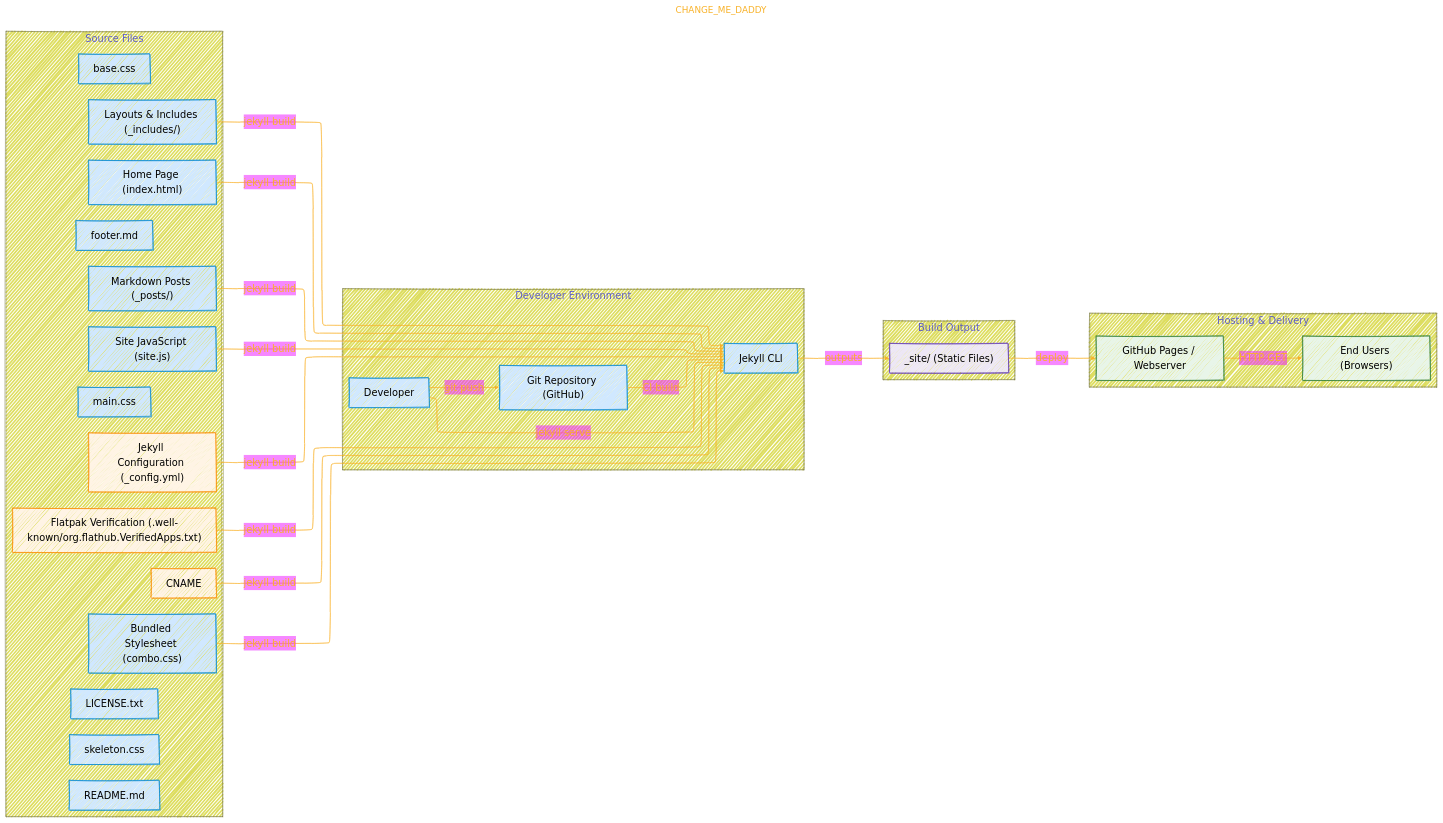
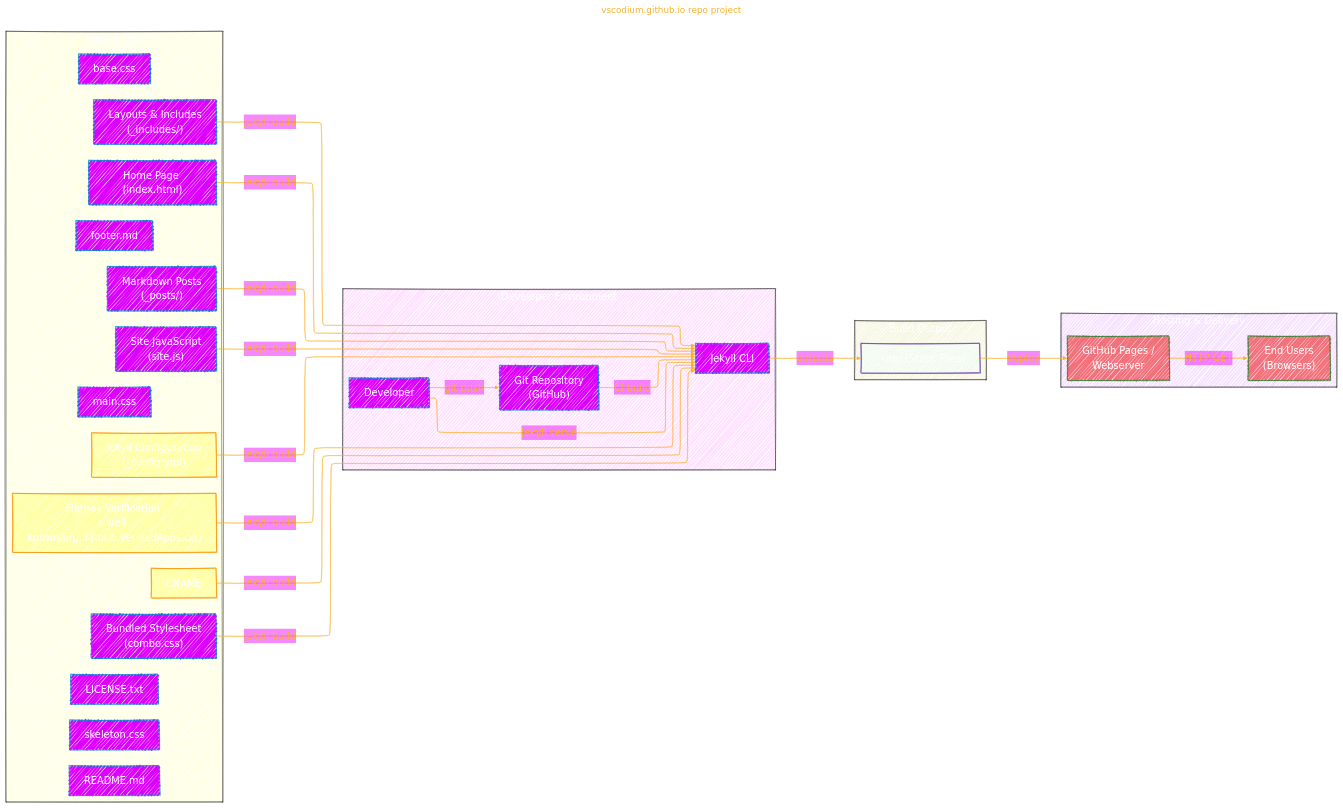
The first of 2 diagrams in VSCodium/vscodium.github.io repo project.md (CongLeSolutionX/ArchExplorer), drawn with Mermaid before and after one commit. The commit also changed 1 other file, not shown here.

Commit message:
update notes

````diff
--- a/VSCodium/vscodium.github.io repo project.md
+++ b/VSCodium/vscodium.github.io repo project.md
@@ -45,6 +45,6 @@
 ```mermaid
 ---
-title: "CHANGE_ME_DADDY"
+title: "vscodium.github.io repo project"
 author: "Cong Le"
 version: "1.0"
 license(s): "MIT, CC BY-SA 4.0"
@@ -75,36 +75,40 @@
   }
 }%%
 flowchart LR
-  subgraph "Developer Environment"
+  subgraph Developer_Environment["Developer Environment"]
+  style Developer_Environment fill:#F2F2,stroke:#333,stroke-width:1px, color: #FFFF
     Dev["Developer"]:::dev
-    Repo["Git Repository (GitHub)"]:::dev
+    Repo["Git Repository<br/>(GitHub)"]:::dev
     CLI["Jekyll CLI"]:::dev
   end
 
-  subgraph "Source Files"
-    Posts["Markdown Posts (_posts/)"]:::dev
-    Includes["Layouts & Includes (_includes/)"]:::dev
+  subgraph Source_Files["Source Files"]
+  style Source_Files fill:#FF22,stroke:#333,stroke-width:1px, color: #FFFF
+    Posts["Markdown Posts <br/>(_posts/)"]:::dev
+    Includes["Layouts & Includes <br/>(_includes/)"]:::dev
     BaseCSS["base.css"]:::dev
     MainCSS["main.css"]:::dev
     SkelCSS["skeleton.css"]:::dev
     Footer["footer.md"]:::dev
     Index["Home Page (index.html)"]:::dev
-    Combo["Bundled Stylesheet (combo.css)"]:::dev
-    SiteJS["Site JavaScript (site.js)"]:::dev
-    Config["Jekyll Configuration (_config.yml)"]:::config
+    Combo["Bundled Stylesheet <br/>(combo.css)"]:::dev
+    SiteJS["Site JavaScript <br/>(site.js)"]:::dev
+    Config["Jekyll Configuration <br/>(_config.yml)"]:::config
     CNAME["CNAME"]:::config
-    WellKnown["Flatpak Verification (.well-known/org.flathub.VerifiedApps.txt)"]:::config
+    WellKnown["Flatpak Verification <br/>(.well-known/org.flathub.VerifiedApps.txt)"]:::config
     Readme["README.md"]:::dev
     License["LICENSE.txt"]:::dev
   end
 
-  subgraph "Build Output"
+  subgraph Build_Output["Build Output"]
+  style Build_Output fill:#BB22,stroke:#333,stroke-width:1px, color: #FFFF
     SiteOut["_site/ (Static Files)"]:::storage
   end
 
-  subgraph "Hosting & Delivery"
-    Pages["GitHub Pages / Webserver"]:::runtime
-    Users["End Users (Browsers)"]:::runtime
+  subgraph Hosting_and_Delivery["Hosting & Delivery"]
+  style Hosting_and_Delivery fill:#B2F2,stroke:#333,stroke-width:1px, color: #FFFF
+    Pages["GitHub Pages /<br/> Webserver"]:::runtime
+    Users["End Users<br/>(Browsers)"]:::runtime
   end
 
   Dev -->|git push| Repo
@@ -137,9 +141,9 @@
   click Readme "https://github.com/vscodium/vscodium.github.io/blob/master/README.md"
   click License "https://github.com/vscodium/vscodium.github.io/blob/master/LICENSE.txt"
 
-  classDef dev fill:#D0E8FF,stroke:#0288D1,color:#000
-  classDef config fill:#FFF4E5,stroke:#FB8C00,color:#000
-  classDef runtime fill:#E8F5E9,stroke:#2E7D32,color:#000
-  classDef storage fill:#EDE7F6,stroke:#5E35B1,color:#000
+  classDef dev fill:#D0FF,stroke:#0288D1,color:#FFFF
+  classDef config fill:#FF25,stroke:#FB8C00,color:#FFFF
+  classDef runtime fill:#E229,stroke:#2E7D32,color:#FFFF
+  classDef storage fill:#EFF6,stroke:#5E35B1,color:#FFFF
 
 ```
````
